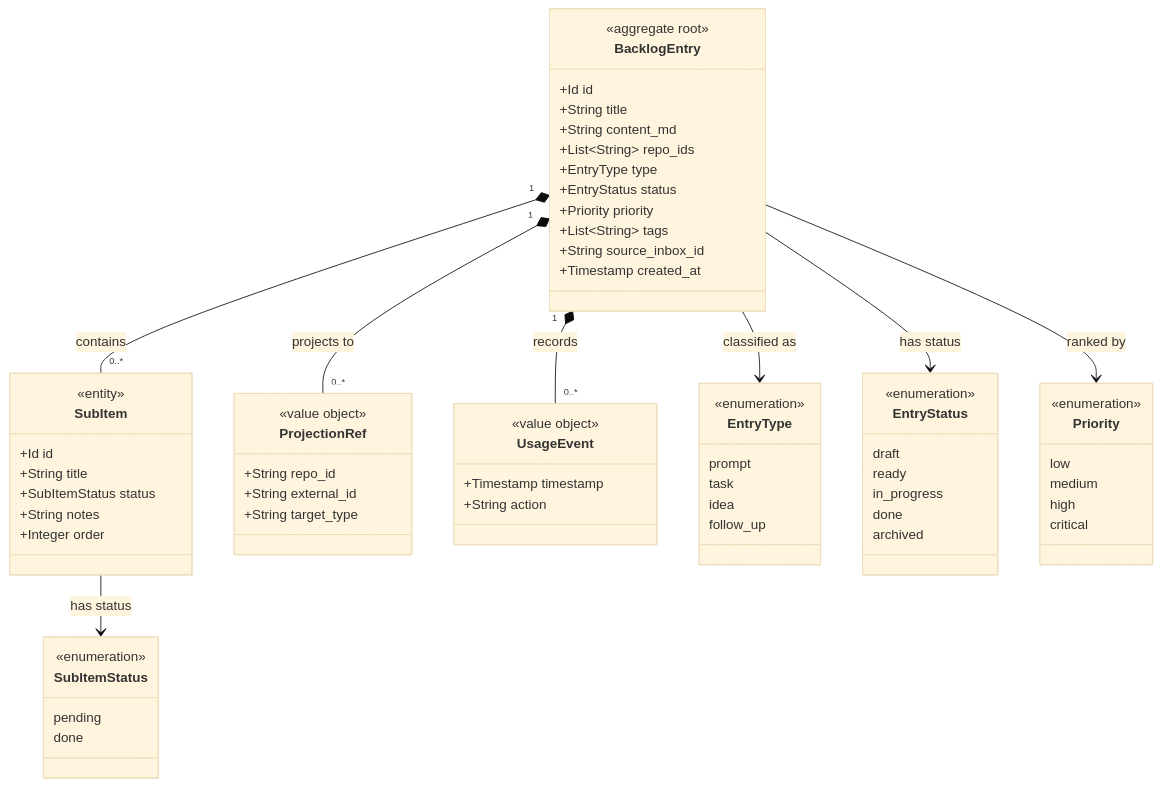
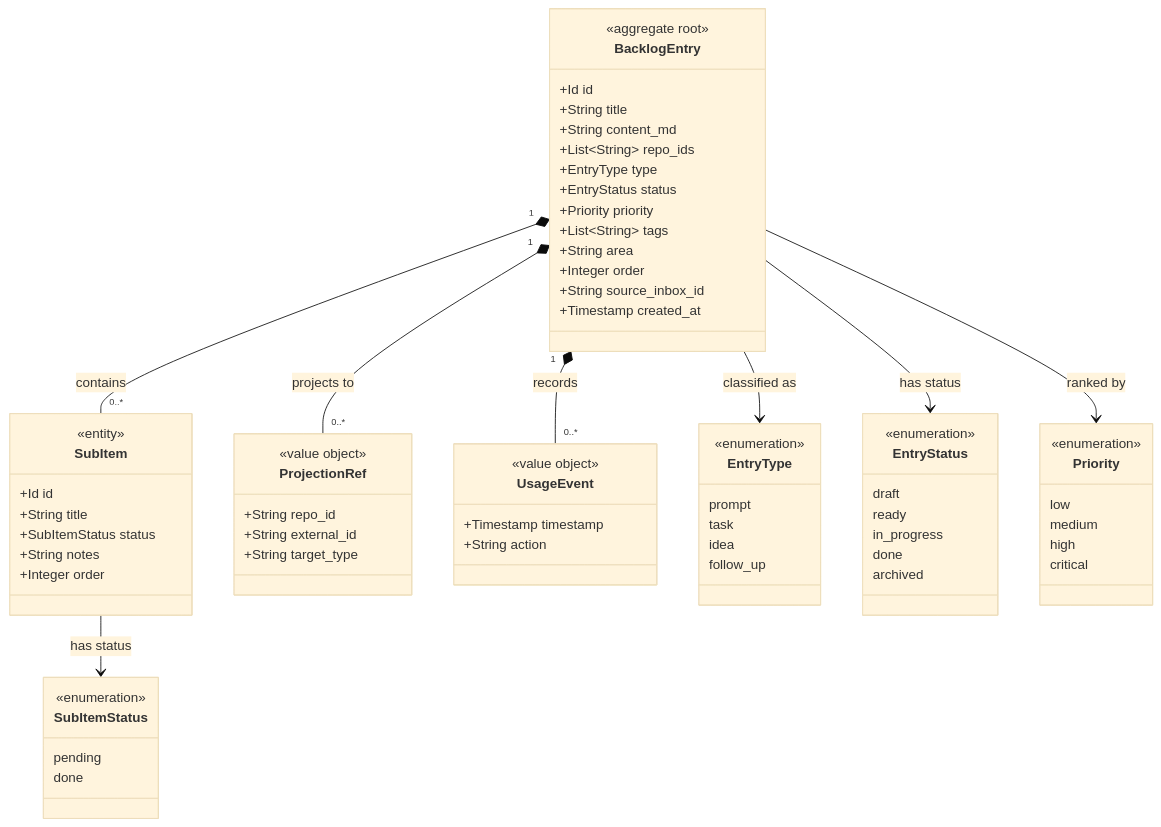
Before and after one commit to JSdotNet/Backlog: the diagram in .domain/backlog/model.md, drawn with Mermaid (base theme). The commit also changed other lines of this file and 11 other files, not shown here.

First line of the commit message:
docs: document Area/Order in domain model; document backlog entry structure, sigils, and drop-target guidance in design

````diff
--- a/.domain/backlog/model.md
+++ b/.domain/backlog/model.md
@@ -14,70 +14,72 @@
 ```mermaid
 classDiagram
     class BacklogEntry {
         <<aggregate root>>
         +Id id
         +String title
         +String content_md
         +List~String~ repo_ids
         +EntryType type
         +EntryStatus status
         +Priority priority
         +List~String~ tags
+        +String area
+        +Integer order
         +String source_inbox_id
         +Timestamp created_at
     }
     class SubItem {
         <<entity>>
         +Id id
         +String title
         +SubItemStatus status
         +String notes
         +Integer order
     }
     class ProjectionRef {
         <<value object>>
         +String repo_id
         +String external_id
         +String target_type
     }
     class UsageEvent {
         <<value object>>
         +Timestamp timestamp
         +String action
     }
     class EntryType {
         <<enumeration>>
         prompt
         task
         idea
         follow_up
     }
     class EntryStatus {
         <<enumeration>>
         draft
         ready
         in_progress
         done
         archived
     }
     class Priority {
         <<enumeration>>
         low
         medium
         high
         critical
     }
     class SubItemStatus {
         <<enumeration>>
         pending
         done
     }
 
     BacklogEntry "1" *-- "0..*" SubItem : contains
     BacklogEntry "1" *-- "0..*" UsageEvent : records
     BacklogEntry "1" *-- "0..*" ProjectionRef : projects to
     BacklogEntry --> EntryType : classified as
     BacklogEntry --> EntryStatus : has status
     BacklogEntry --> Priority : ranked by
     SubItem --> SubItemStatus : has status
 ```
````
